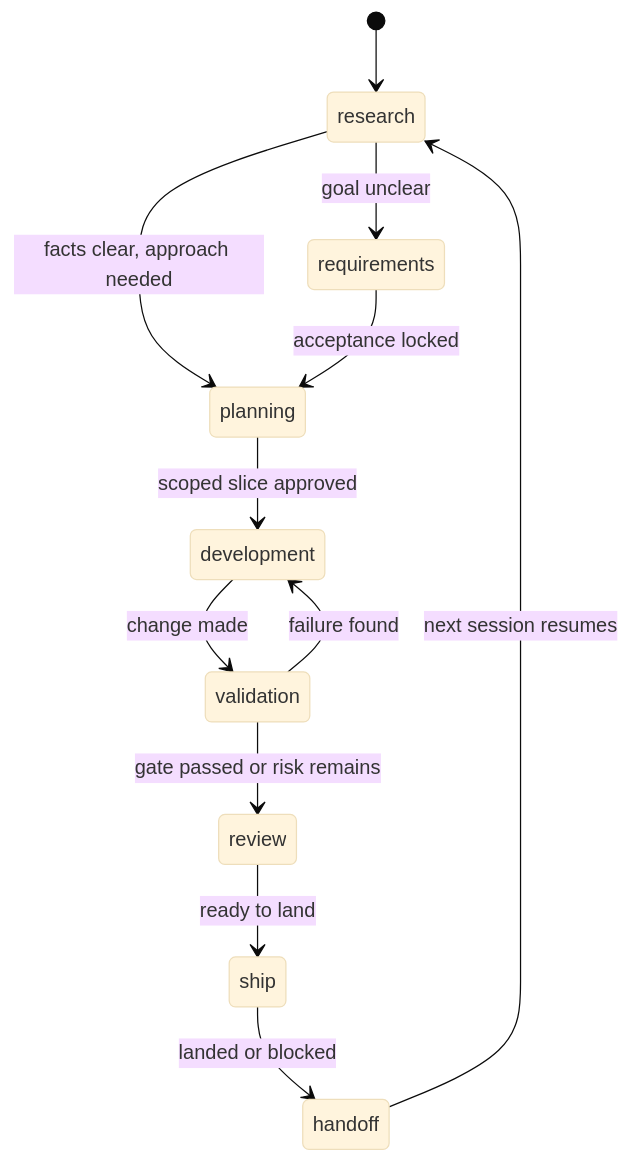
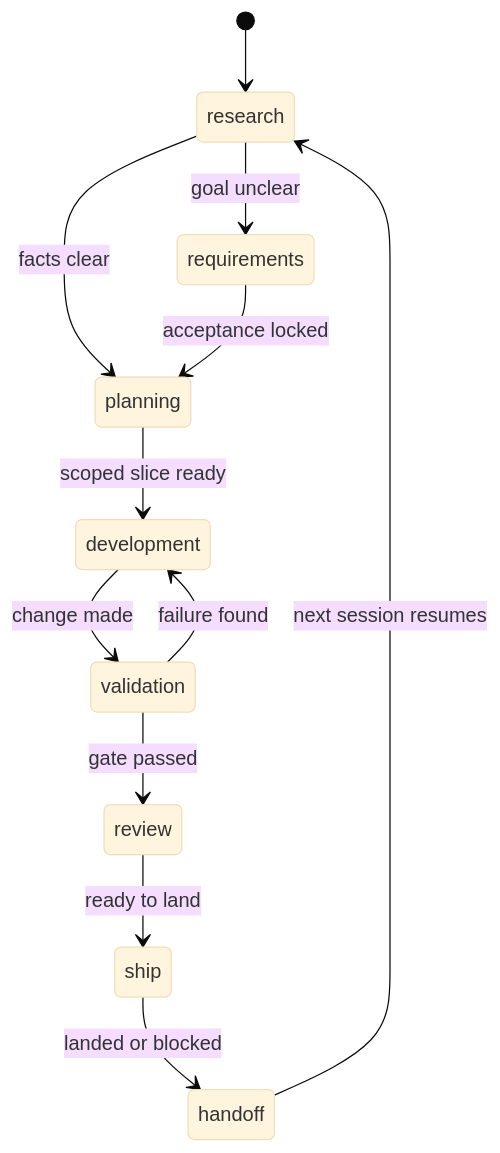
The fourth of 8 diagrams in docs/delivery-harness-framework-manual-cn.md (bryanzk/MyCodexEnv), drawn with Mermaid (base theme) before and after one commit. The commit also changed other lines of this file and 2 other files, not shown here.

````diff
--- a/docs/delivery-harness-framework-manual-cn.md
+++ b/docs/delivery-harness-framework-manual-cn.md
@@ -263,14 +311,14 @@
 ```mermaid
 stateDiagram-v2
   [*] --> research
   research --> requirements: goal unclear
-  research --> planning: facts clear, approach needed
+  research --> planning: facts clear
   requirements --> planning: acceptance locked
-  planning --> development: scoped slice approved
+  planning --> development: scoped slice ready
   development --> validation: change made
-  validation --> review: gate passed or risk remains
+  validation --> review: gate passed
+  validation --> development: failure found
   review --> ship: ready to land
   ship --> handoff: landed or blocked
-  validation --> development: failure found
   handoff --> research: next session resumes
 ```
````
